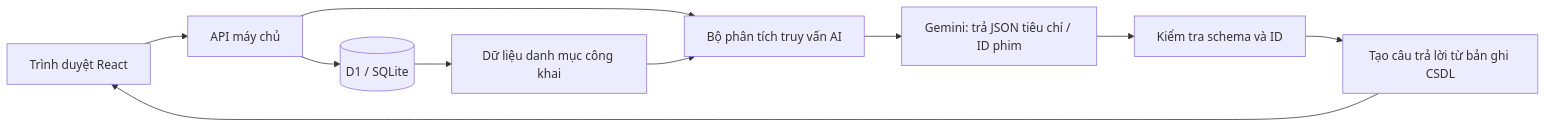
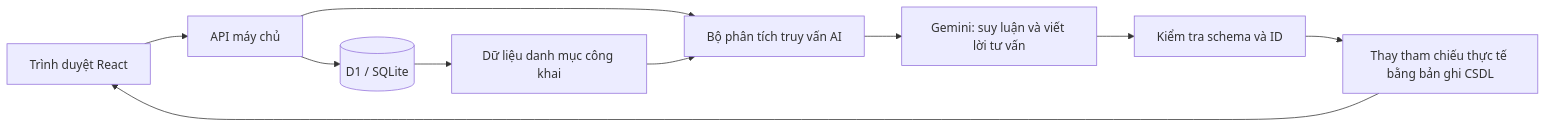
One commit to namtran511/CineStar changed the first of 2 diagrams in docs/DO-AN.md. Above: the diagram before and after it, drawn with Mermaid. The commit also changed other lines of this file and 317 other files, not shown here.

````diff
--- a/docs/DO-AN.md
+++ b/docs/DO-AN.md
@@ -23,12 +35,12 @@
 ```mermaid
 flowchart LR
     A[Trình duyệt React] --> B[API máy chủ]
     B --> C[(D1 / SQLite)]
     B --> D[Bộ phân tích truy vấn AI]
     C --> E[Dữ liệu danh mục công khai]
     E --> D
-    D --> F[Gemini: trả JSON tiêu chí / ID phim]
+    D --> F[Gemini: suy luận và viết lời tư vấn]
     F --> G[Kiểm tra schema và ID]
-    G --> H[Tạo câu trả lời từ bản ghi CSDL]
+    G --> H[Thay tham chiếu thực tế bằng bản ghi CSDL]
     H --> A
 ```
````
